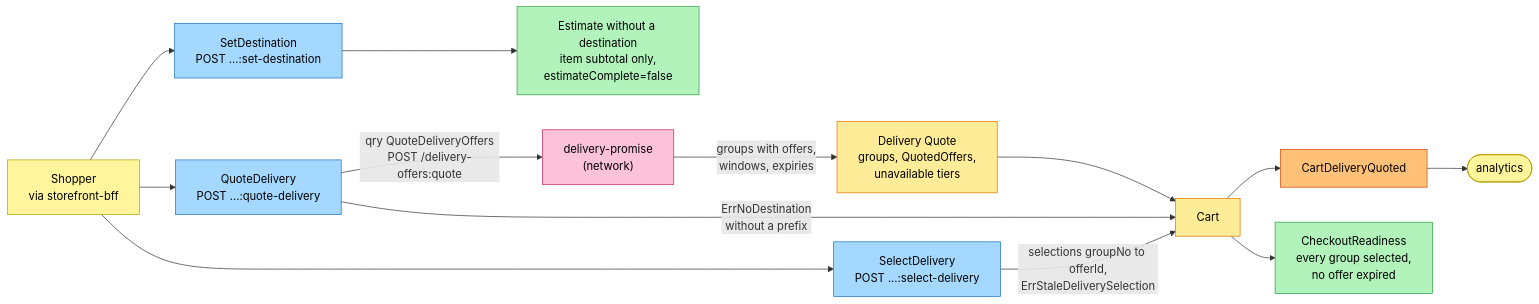
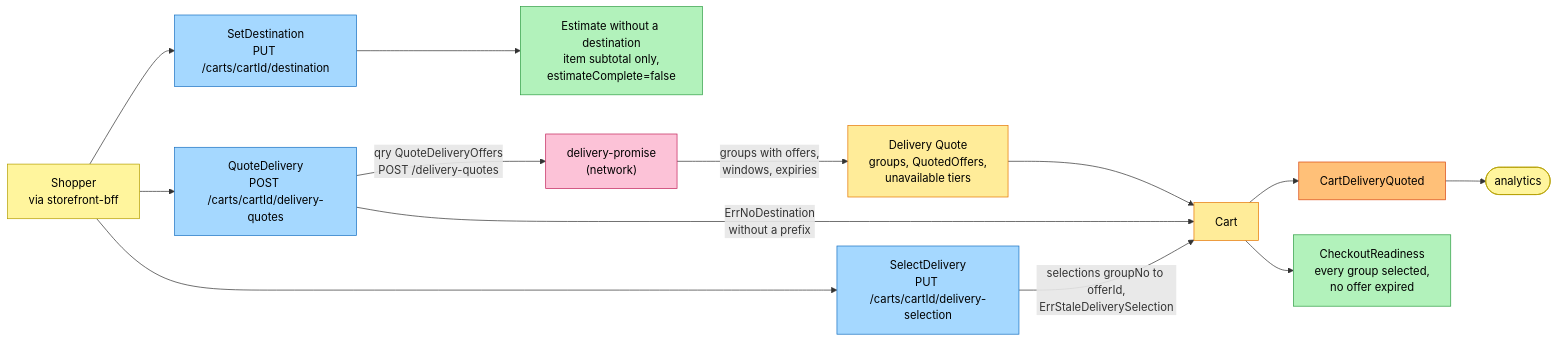
Before and after one commit to IQVO/shopping-cart: the second of 4 diagrams in docs/docs/ddd/eventstorming.md, drawn with Mermaid. The commit also changed other lines of this file and 14 other files, not shown here.

First line of the commit message:
docs(shopping-cart): use the ADR 0008 route names in every page and diagram

````diff
--- a/docs/docs/ddd/eventstorming.md
+++ b/docs/docs/ddd/eventstorming.md
@@ -86,34 +86,34 @@
 ```mermaid
 flowchart LR
     S["Shopper<br/>via storefront-bff"]:::actor
-    C5["SetDestination<br/>POST ...:set-destination"]:::command
-    C6["QuoteDelivery<br/>POST ...:quote-delivery"]:::command
-    C7["SelectDelivery<br/>POST ...:select-delivery"]:::command
+    C5["SetDestination<br/>PUT /carts/cartId/destination"]:::command
+    C6["QuoteDelivery<br/>POST /carts/cartId/delivery-quotes"]:::command
+    C7["SelectDelivery<br/>PUT /carts/cartId/delivery-selection"]:::command
     DP["delivery-promise<br/>(network)"]:::external
     Q["Delivery Quote<br/>groups, QuotedOffers,<br/>unavailable tiers"]:::aggregate
     G1["Cart"]:::aggregate
     E2["CartDeliveryQuoted"]:::event
     RM1["CheckoutReadiness<br/>every group selected,<br/>no offer expired"]:::readmodel
     AN(["analytics"]):::actor
     ES["Estimate without a destination<br/>item subtotal only,<br/>estimateComplete=false"]:::readmodel
 
     S --> C5
     S --> C6
     S --> C7
-    C6 -->|qry QuoteDeliveryOffers<br/>POST /delivery-offers:quote| DP
+    C6 -->|qry QuoteDeliveryOffers<br/>POST /delivery-quotes| DP
     DP -->|groups with offers,<br/>windows, expiries| Q
     C6 -->|ErrNoDestination<br/>without a prefix| G1
     Q --> G1
     C7 -->|selections groupNo to offerId,<br/>ErrStaleDeliverySelection| G1
     G1 --> E2
     E2 --> AN
     G1 --> RM1
     C5 --> ES
 
     classDef actor fill:#fff59d,stroke:#b59f00,color:#000
     classDef command fill:#a5d8ff,stroke:#1971c2,color:#000
     classDef aggregate fill:#ffec99,stroke:#e67700,color:#000
     classDef event fill:#ffc078,stroke:#d9480f,color:#000
     classDef readmodel fill:#b2f2bb,stroke:#2f9e44,color:#000
     classDef external fill:#fcc2d7,stroke:#c2255c,color:#000
 ```
````
